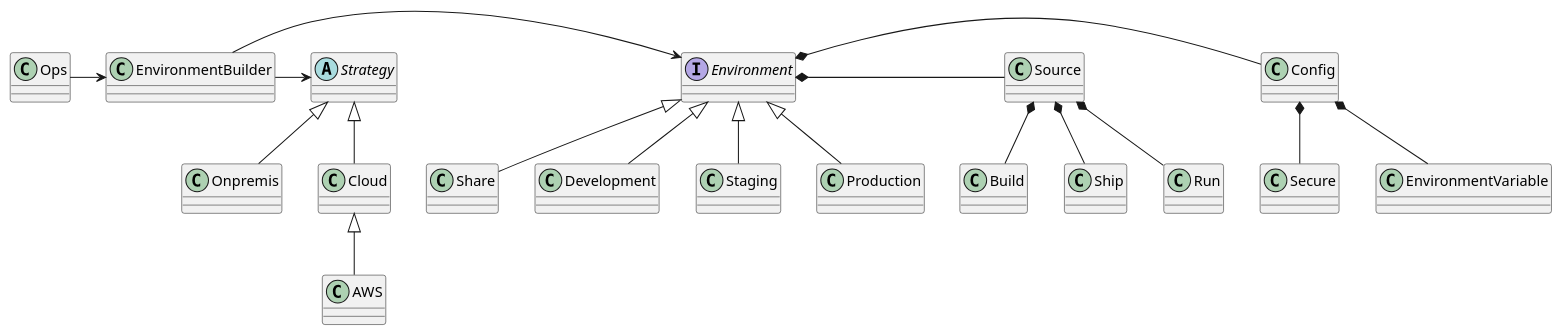
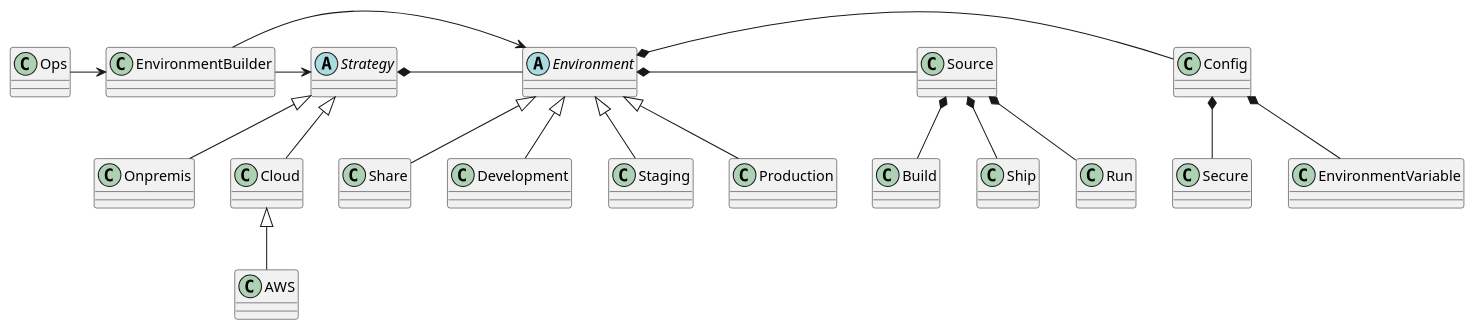
The second of 2 diagrams in docs/_spec.md (k2works/etude_for_ops), drawn with PlantUML before and after one commit. The commit also changed 13 other files, not shown here.

````diff
--- a/docs/_spec.md
+++ b/docs/_spec.md
@@ -37,35 +37,36 @@
 ```puml
 Environment <|-- Development
 Environment <|-- Staging
 Environment <|-- Production
 Environment <|-- Share
 Environment *--r Config
 Environment *--r Source
 Source *-- Build
 Source *-- Ship
 Source *-- Run
 Config *-- EnvironmentVariable
 Config *-- Secure
 Strategy <|-- Onpremis
 Strategy <|-- Cloud
+Strategy *--r Environment
 Ops --r> EnvironmentBuilder
 EnvironmentBuilder --r> Environment
 EnvironmentBuilder --r> Strategy
 Cloud <|-- AWS
 
 class Ops
-Interface Environment
+abstract Environment
 class Development
 class Staging
 class Production
 abstract Strategy
 class Share
 class Config
 class Source
 class Build
 class Ship
 class Run
 class Onpremis
 class Cloud
 class AWS
 ```
````
